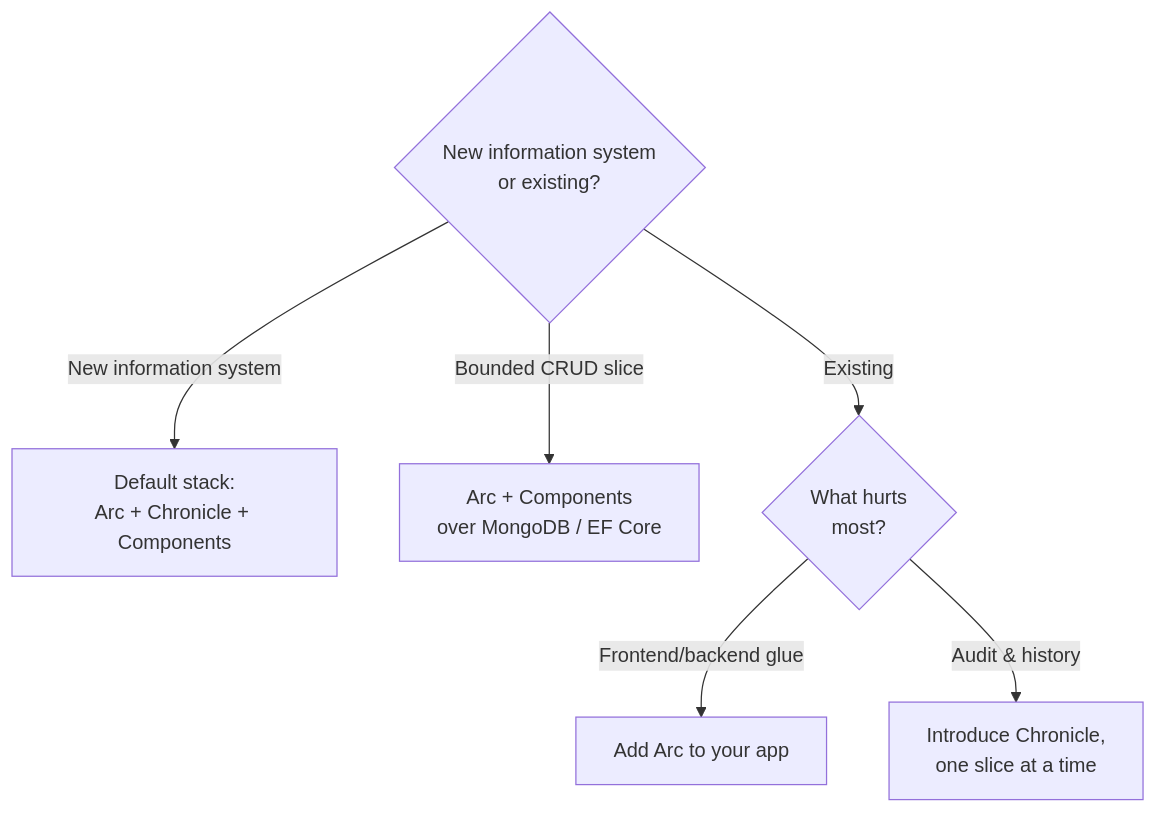
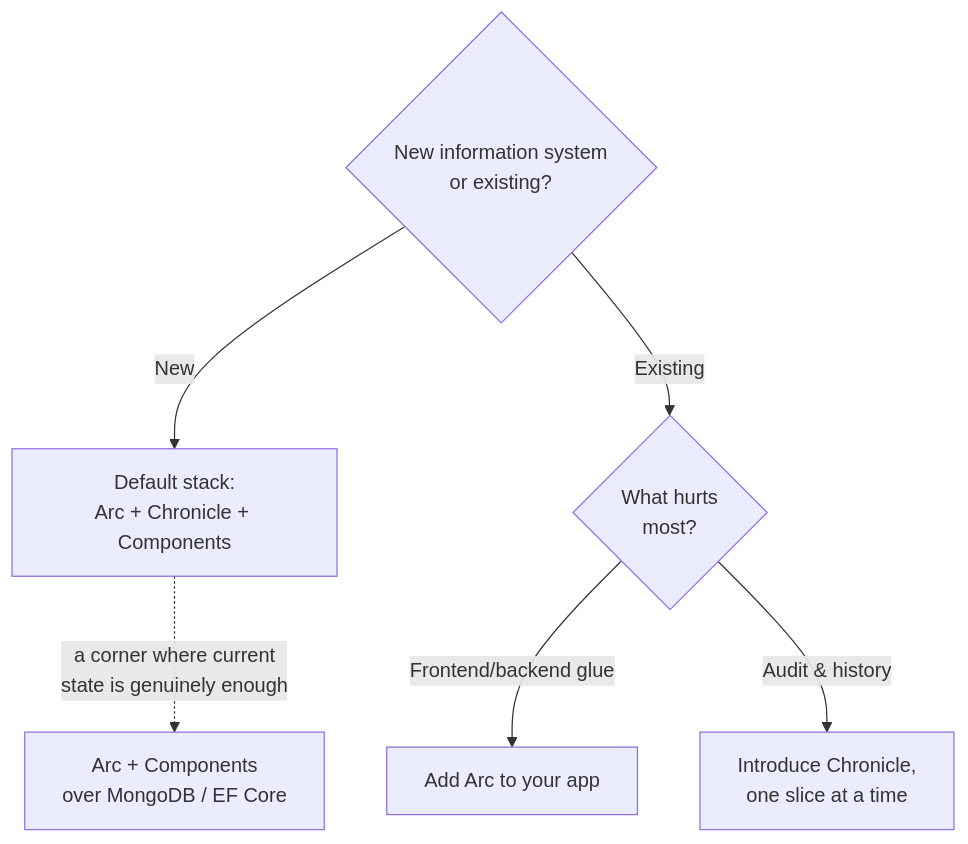
Before and after one commit to Cratis/Documentation: the diagram in web/src/content/docs/adopting-cratis.mdx, drawn with Mermaid. The commit also changed other lines of this file and 33 other files, not shown here.

````diff
--- a/web/src/content/docs/adopting-cratis.mdx
+++ b/web/src/content/docs/adopting-cratis.mdx
@@ -18,9 +18,9 @@
 ```mermaid
 flowchart TD
     Q1{New information system<br/>or existing?}
-    Q1 -->|New information system| FULL["Default stack:<br/>Arc + Chronicle + Components"]
-    Q1 -->|Bounded CRUD slice| ARC["Arc + Components<br/>over MongoDB / EF Core"]
+    Q1 -->|New| FULL["Default stack:<br/>Arc + Chronicle + Components"]
+    FULL -.->|a corner where current<br/>state is genuinely enough| ARC["Arc + Components<br/>over MongoDB / EF Core"]
     Q1 -->|Existing| Q3{What hurts<br/>most?}
     Q3 -->|Frontend/backend glue| ADDARC["Add Arc to your app"]
     Q3 -->|Audit & history| ADDCHR["Introduce Chronicle,<br/>one slice at a time"]
 ```
````
